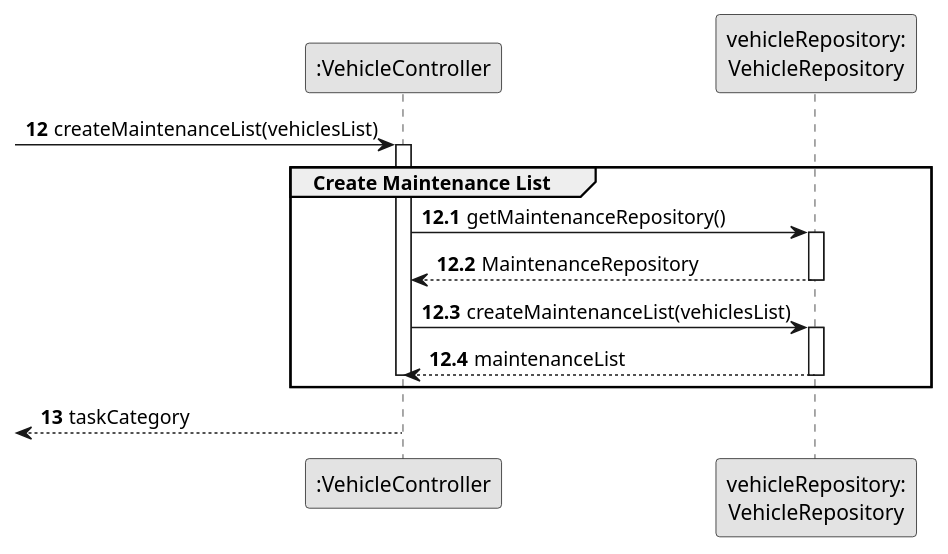
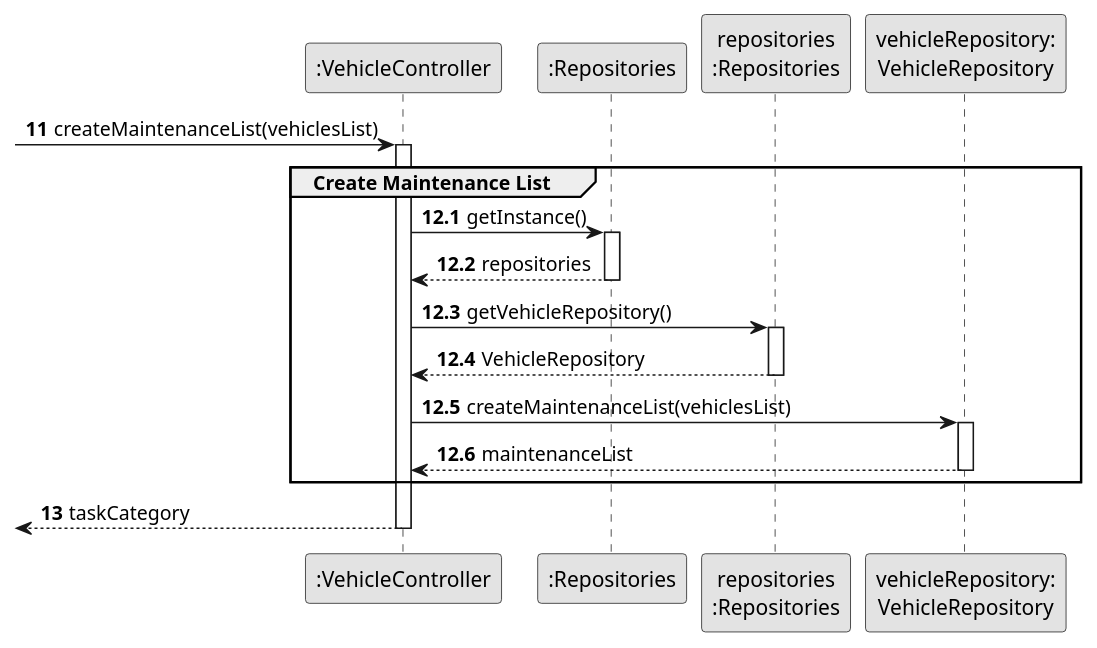
Before and after one commit to RicardoMorim/lapr2-ISEP-Project: the diagram in docs/sprintB/us008/03.design/puml/us008-sequence-diagram-partial-create-maintenance-list.puml, drawn with PlantUML. The commit also changed 7 other files, not shown here.

```diff
--- a/docs/sprintB/us008/03.design/puml/us008-sequence-diagram-partial-create-maintenance-list.puml
+++ b/docs/sprintB/us008/03.design/puml/us008-sequence-diagram-partial-create-maintenance-list.puml
@@ -1,37 +1,43 @@
 @startuml
 skinparam monochrome true
 skinparam packageStyle rectangle
 skinparam shadowing false
 
 participant ":VehicleController" as CTRL
+participant ":Repositories" as RepositorySingleton
+participant "repositories\n:Repositories" as PLAT
 participant "vehicleRepository:\nVehicleRepository" as VehicleRepository
 
-autonumber 12
+autonumber 11
 -> CTRL : createMaintenanceList(vehiclesList)
 
 autonumber 12.1
 
 activate CTRL
     group Create Maintenance List
 
-                        CTRL -> VehicleRepository : getMaintenanceRepository()
-                        activate VehicleRepository
+ CTRL -> RepositorySingleton : getInstance()
+    activate RepositorySingleton
 
-                            VehicleRepository --> CTRL: MaintenanceRepository
-                        deactivate VehicleRepository
+        RepositorySingleton --> CTRL: repositories
+    deactivate RepositorySingleton
 
-                        CTRL -> VehicleRepository : createMaintenanceList(vehiclesList)
-                        activate VehicleRepository
+    CTRL -> PLAT : getVehicleRepository()
+    activate PLAT
 
-                        VehicleRepository --> CTRL : maintenanceList
-                        deactivate VehicleRepository
+        PLAT --> CTRL: VehicleRepository
+    deactivate PLAT
 
-                    deactivate CTRL
+    CTRL -> VehicleRepository : createMaintenanceList(vehiclesList)
+    activate VehicleRepository
+
+    VehicleRepository --> CTRL : maintenanceList
+    deactivate VehicleRepository
+
     end group
 
     autonumber 13
     <-- CTRL : taskCategory
-
 deactivate CTRL
 
 @enduml
```
